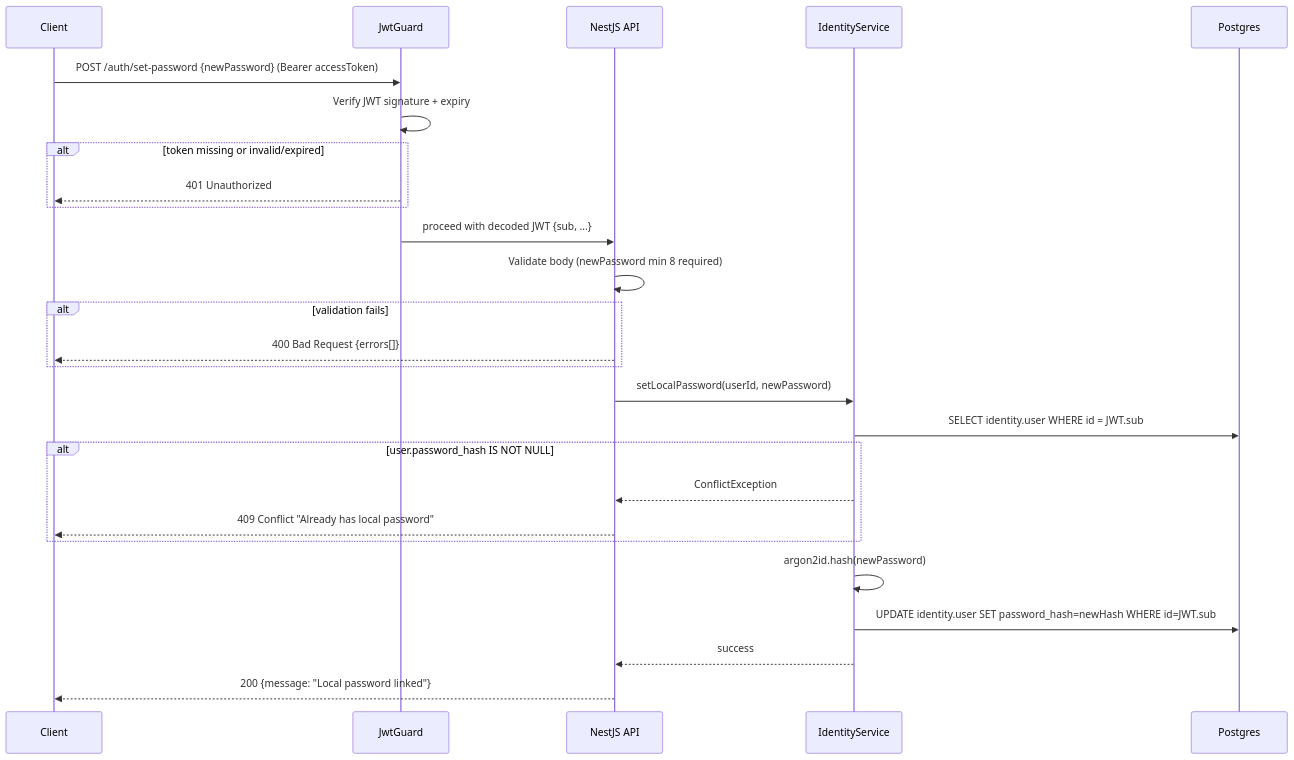
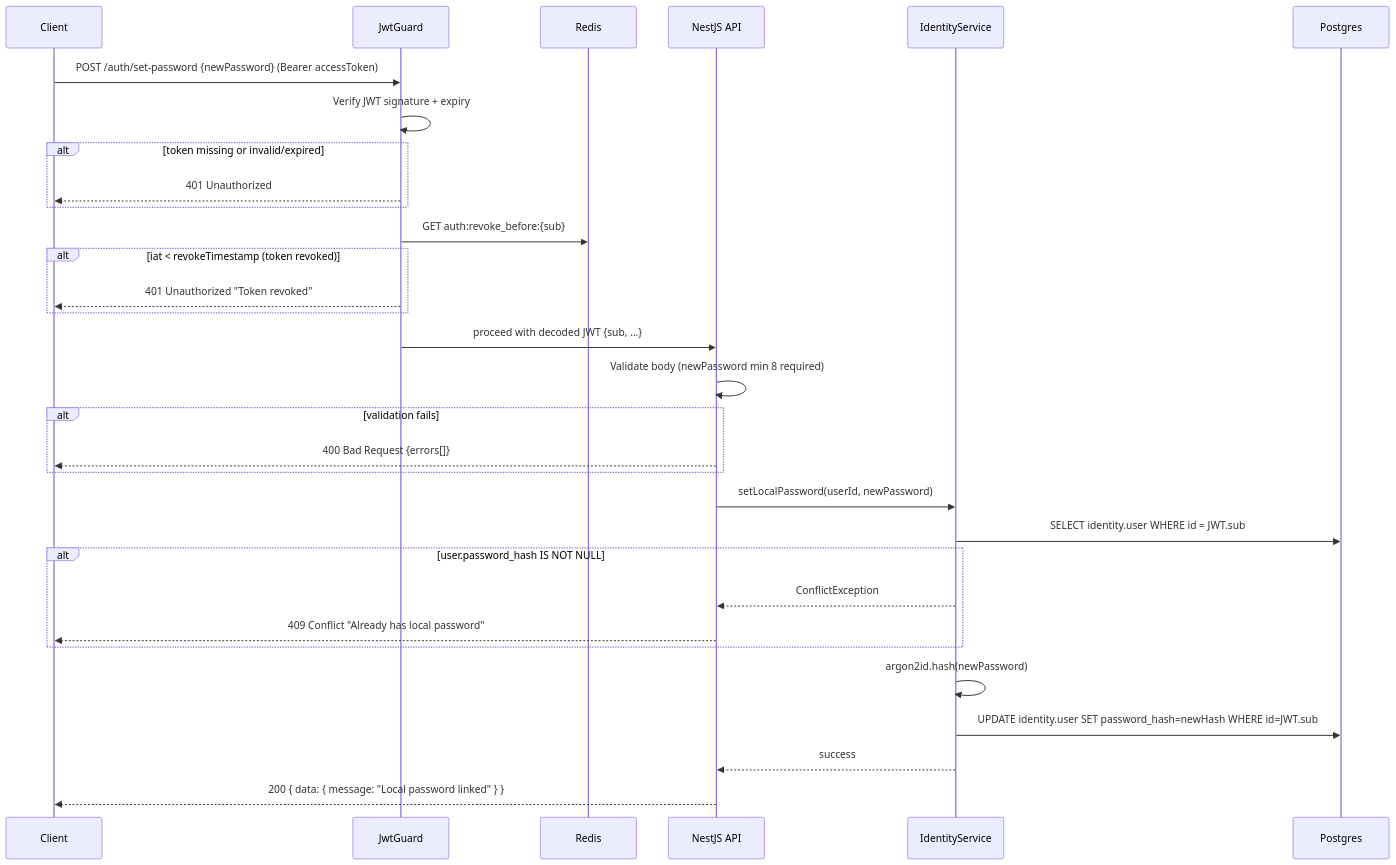
Before and after one commit to alisa-uthi/aliceut-ecom-document: diagram 13 of 13 in phase-1/technical-design/api-design/auth.md, drawn with Mermaid. The commit also changed other lines of this file and 22 other files, not shown here.

````diff
--- a/phase-1/technical-design/api-design/auth.md
+++ b/phase-1/technical-design/api-design/auth.md
@@ -814,33 +841,38 @@
 ```mermaid
 sequenceDiagram
     participant C as Client
     participant G as JwtGuard
+    participant R as Redis
     participant A as NestJS API
     participant IS as IdentityService
     participant PG as Postgres
 
     C->>G: POST /auth/set-password {newPassword} (Bearer accessToken)
     G->>G: Verify JWT signature + expiry
     alt token missing or invalid/expired
         G-->>C: 401 Unauthorized
+    end
+    G->>R: GET auth:revoke_before:{sub}
+    alt iat < revokeTimestamp (token revoked)
+        G-->>C: 401 Unauthorized "Token revoked"
     end
     G->>A: proceed with decoded JWT {sub, ...}
 
     A->>A: Validate body (newPassword min 8 required)
     alt validation fails
         A-->>C: 400 Bad Request {errors[]}
     end
 
     A->>IS: setLocalPassword(userId, newPassword)
     IS->>PG: SELECT identity.user WHERE id = JWT.sub
     alt user.password_hash IS NOT NULL
         IS-->>A: ConflictException
         A-->>C: 409 Conflict "Already has local password"
     end
 
     IS->>IS: argon2id.hash(newPassword)
     IS->>PG: UPDATE identity.user SET password_hash=newHash WHERE id=JWT.sub
 
     IS-->>A: success
-    A-->>C: 200 {message: "Local password linked"}
+    A-->>C: 200 { data: { message: "Local password linked" } }
 ```
````
